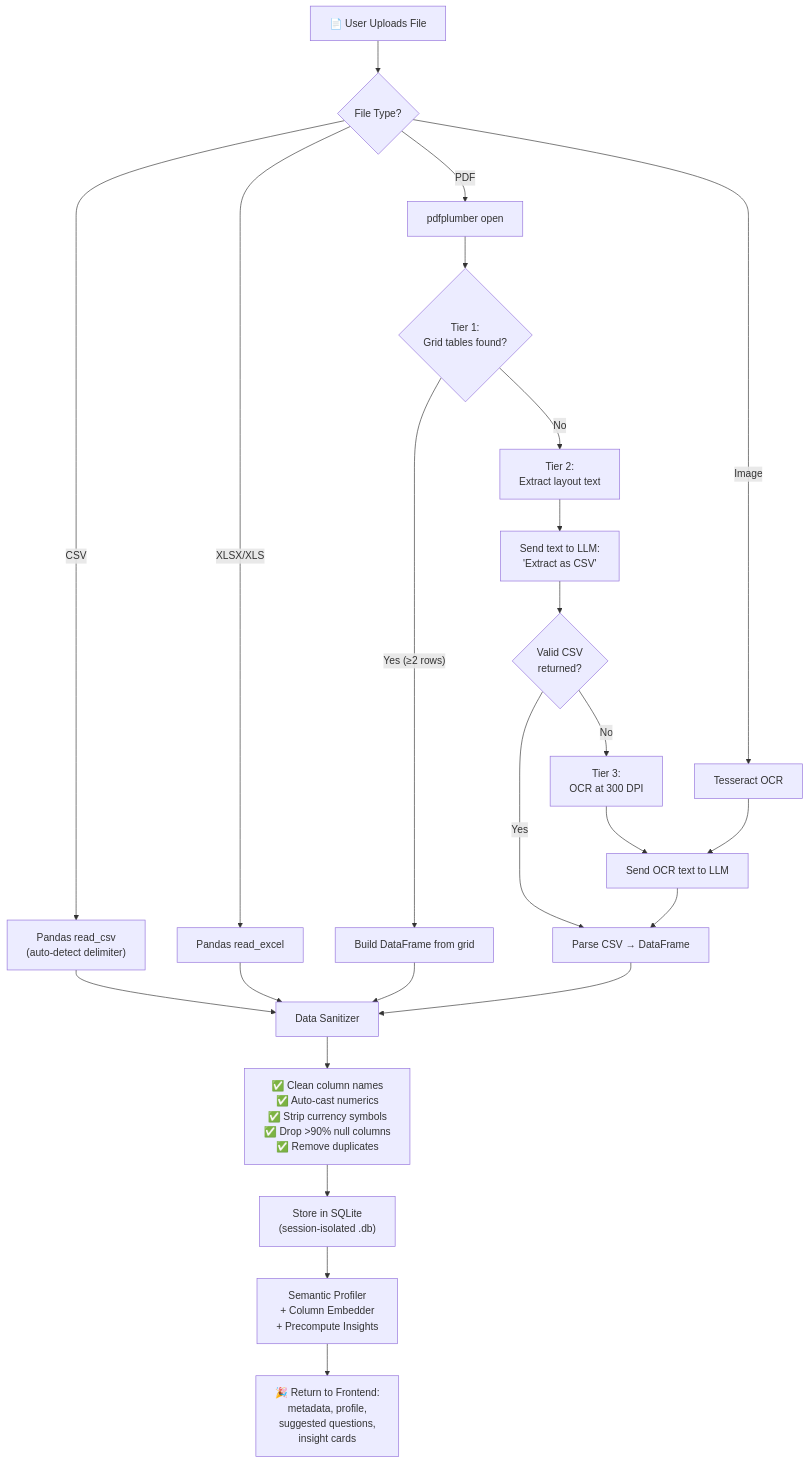
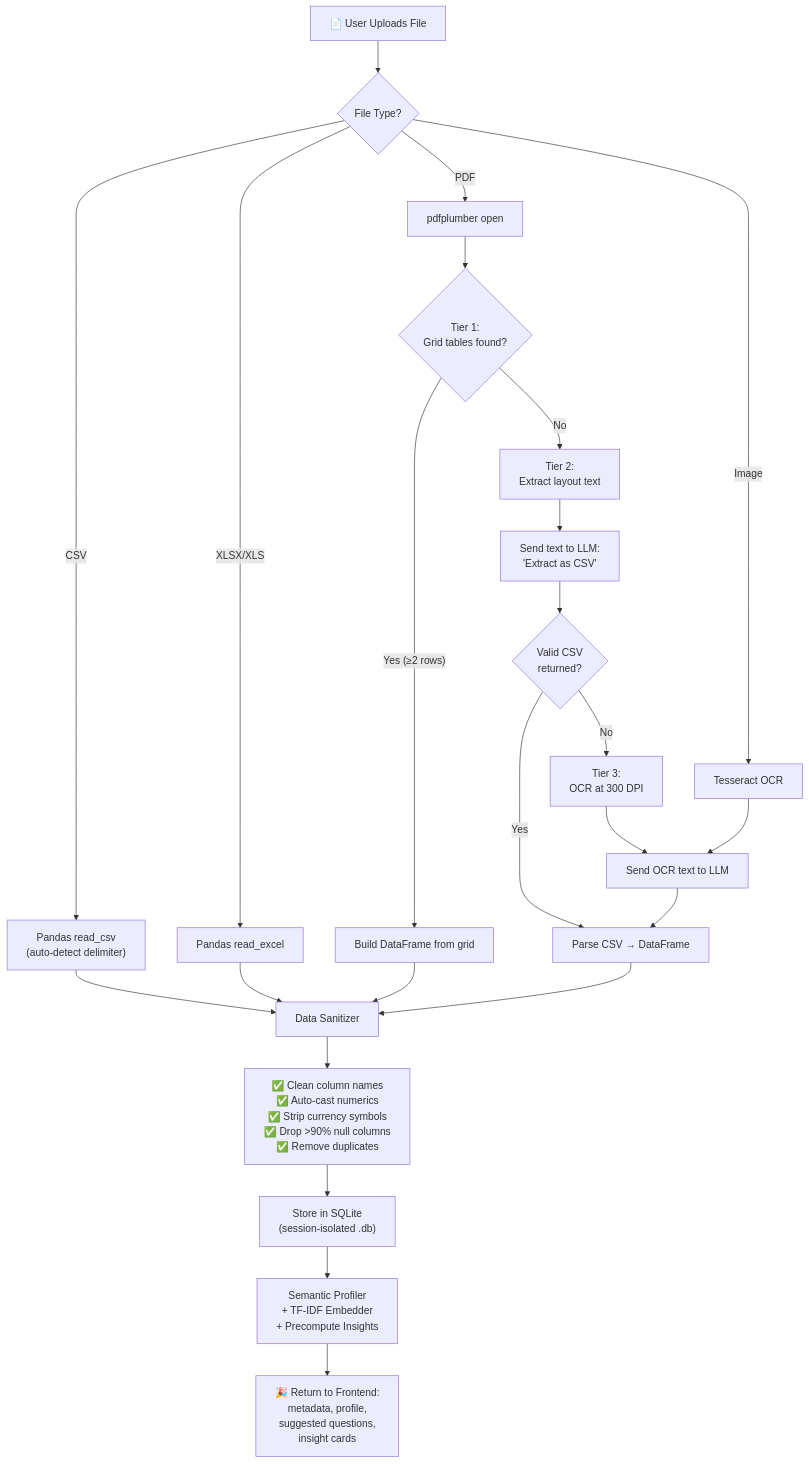
Before and after one commit to mrinank03/CodeForPurpose_Talk_To_Data: the second of 4 diagrams in README.md, drawn with Mermaid. The commit also changed other lines of this file, not shown here.

````diff
--- a/README.md
+++ b/README.md
@@ -130,30 +167,30 @@
 ```mermaid
 flowchart TD
     A["📄 User Uploads File"] --> B{"File Type?"}
     B -->|CSV| C["Pandas read_csv<br/>(auto-detect delimiter)"]
     B -->|XLSX/XLS| D["Pandas read_excel"]
     B -->|PDF| E["pdfplumber open"]
     B -->|Image| F["Tesseract OCR"]
 
     E --> G{"Tier 1:<br/>Grid tables found?"}
     G -->|"Yes (≥2 rows)"| H["Build DataFrame from grid"]
     G -->|No| I["Tier 2:<br/>Extract layout text"]
     I --> J["Send text to LLM:<br/>'Extract as CSV'"]
     J --> K{"Valid CSV<br/>returned?"}
     K -->|Yes| L["Parse CSV → DataFrame"]
     K -->|No| M["Tier 3:<br/>OCR at 300 DPI"]
     M --> N["Send OCR text to LLM"]
     N --> L
 
     F --> N
 
     C --> O["Data Sanitizer"]
     D --> O
     H --> O
     L --> O
 
     O --> P["✅ Clean column names<br/>✅ Auto-cast numerics<br/>✅ Strip currency symbols<br/>✅ Drop >90% null columns<br/>✅ Remove duplicates"]
     P --> Q["Store in SQLite<br/>(session-isolated .db)"]
-    Q --> R["Semantic Profiler<br/>+ Column Embedder<br/>+ Precompute Insights"]
+    Q --> R["Semantic Profiler<br/>+ TF-IDF Embedder<br/>+ Precompute Insights"]
     R --> S["🎉 Return to Frontend:<br/>metadata, profile,<br/>suggested questions,<br/>insight cards"]
 ```
````
